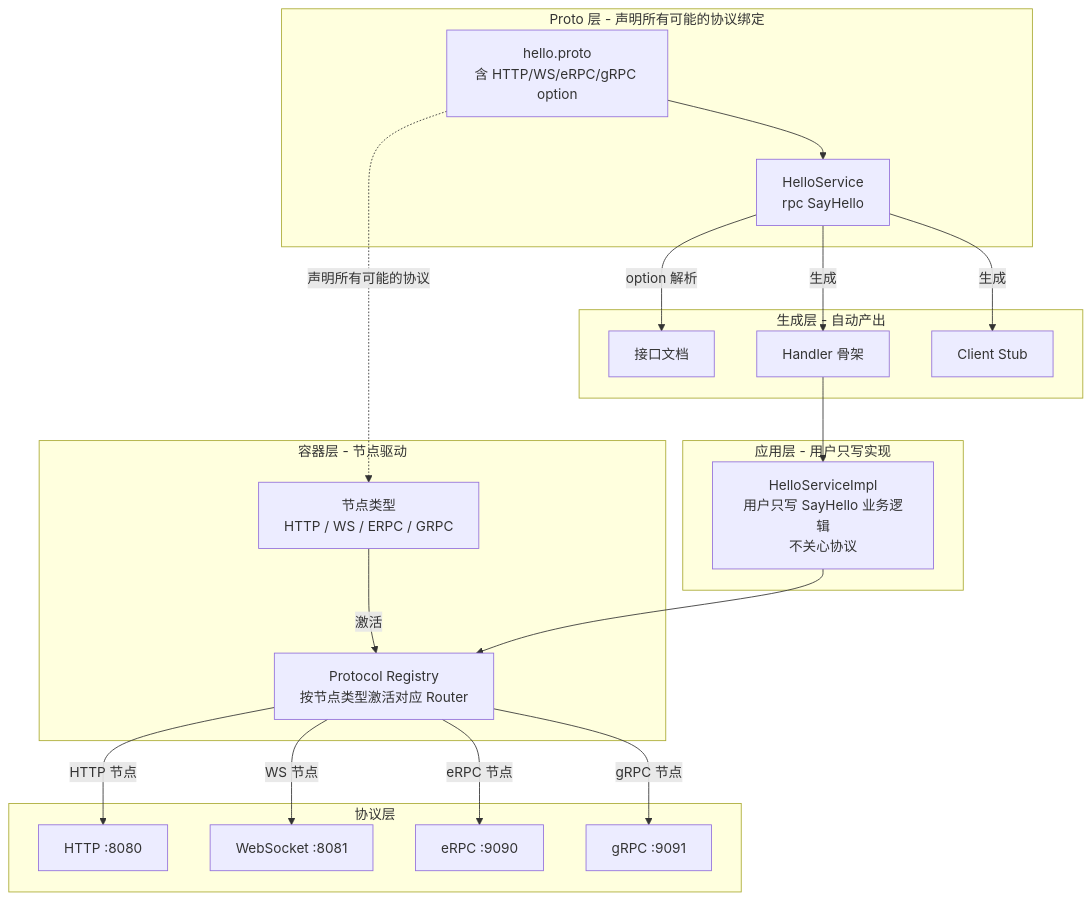
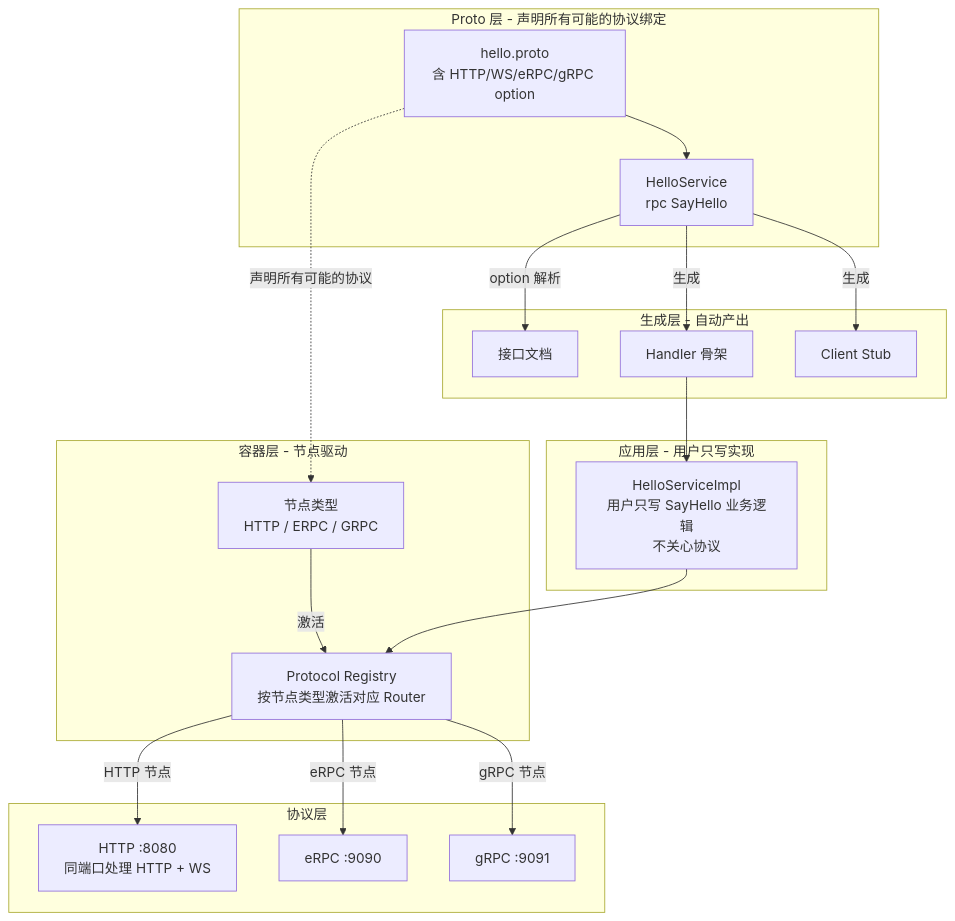
The eighth of 42 diagrams in README.md (edap-io/edap), drawn with Mermaid before and after one commit. The commit also changed other lines of this file, not shown here.

````diff
--- a/README.md
+++ b/README.md
@@ -605,43 +601,41 @@
 ```mermaid
 graph TB
     subgraph ProtoLayer [Proto 层 - 声明所有可能的协议绑定]
         Proto[hello.proto<br/>含 HTTP/WS/eRPC/gRPC option]
         Service[HelloService<br/>rpc SayHello]
     end
 
     subgraph GenLayer [生成层 - 自动产出]
         Doc[接口文档]
         Srv[Handler 骨架]
         Cli[Client Stub]
     end
 
     subgraph AppLayer [应用层 - 用户只写实现]
         Impl[HelloServiceImpl<br/>用户只写 SayHello 业务逻辑<br/>不关心协议]
     end
 
     subgraph ContainerLayer [容器层 - 节点驱动]
-        NodeType[节点类型<br/>HTTP / WS / ERPC / GRPC]
+        NodeType[节点类型<br/>HTTP / ERPC / GRPC]
         Reg[Protocol Registry<br/>按节点类型激活对应 Router]
     end
 
     subgraph ProtocolLayer [协议层]
-        HTTP[HTTP :8080]
-        WS[WebSocket :8081]
+        HTTP[HTTP :8080<br/>同端口处理 HTTP + WS]
         ERPC[eRPC :9090]
         GRPC[gRPC :9091]
     end
 
     Proto --> Service
     Service -->|option 解析| Doc
     Service -->|生成| Srv
     Service -->|生成| Cli
     Srv --> Impl
 
     Proto -.声明所有可能的协议.-> NodeType
     NodeType -->|激活| Reg
     Impl --> Reg
     Reg -->|HTTP 节点| HTTP
-    Reg -->|WS 节点| WS
     Reg -->|eRPC 节点| ERPC
     Reg -->|gRPC 节点| GRPC
 ```
````
